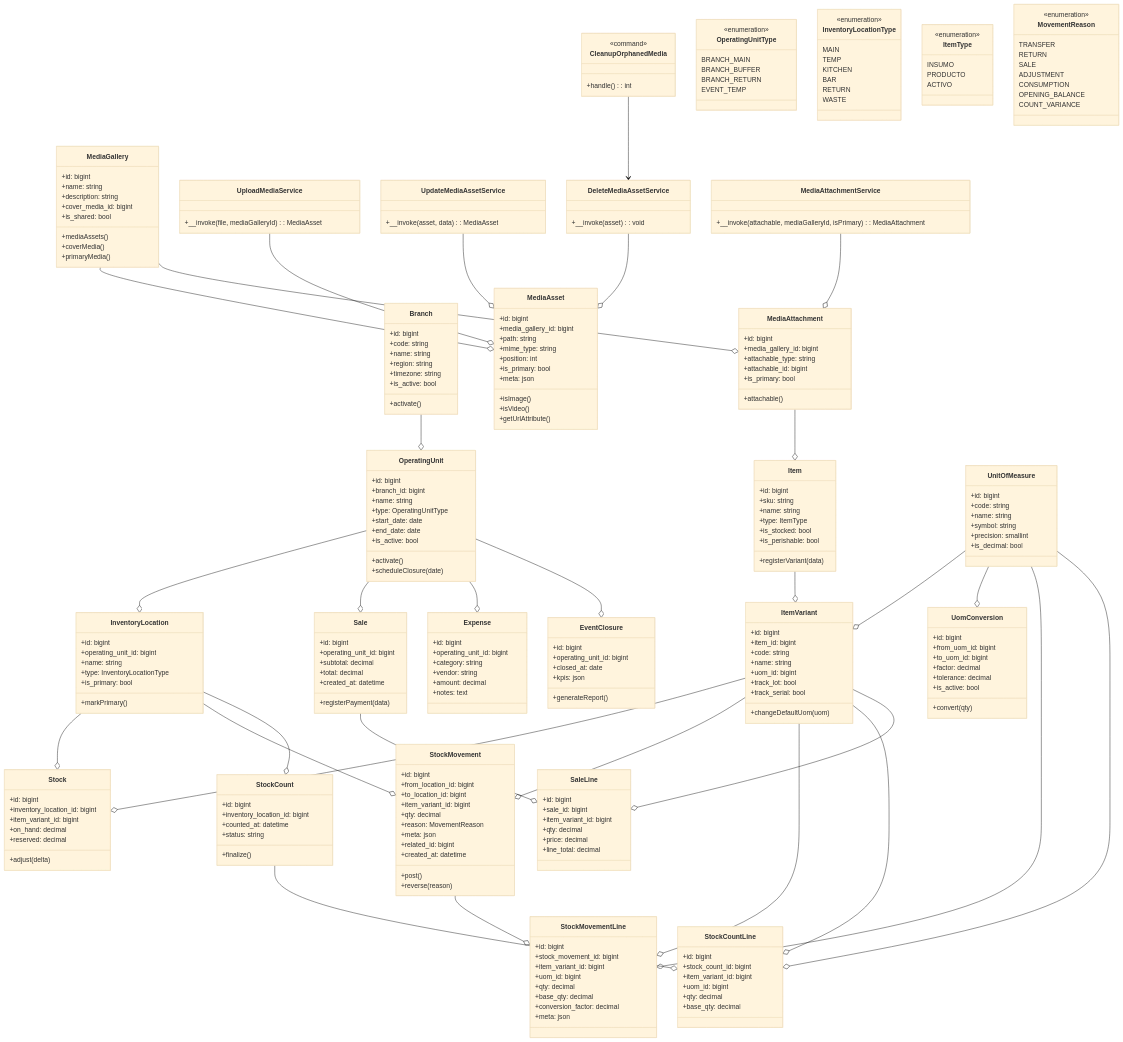
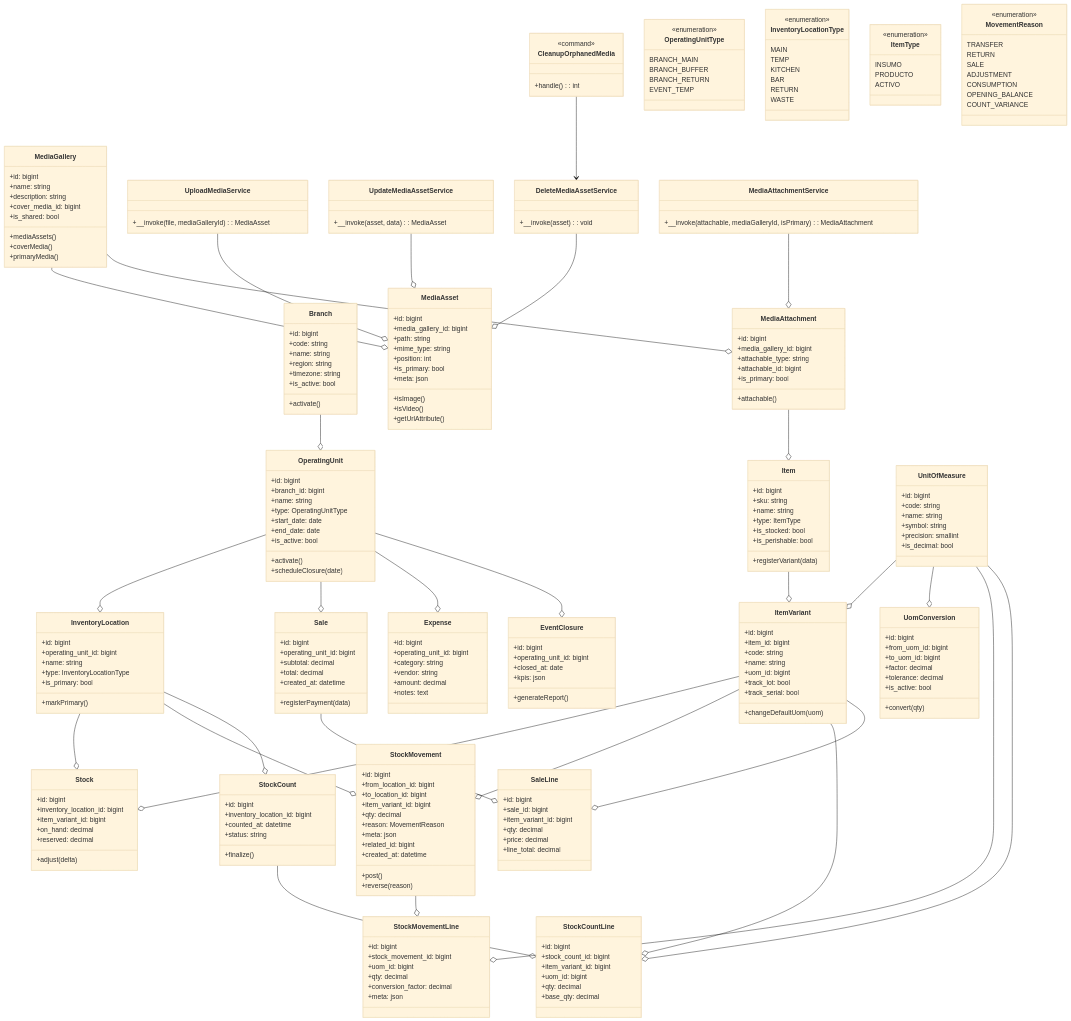
Before and after one commit to pakodiazdev/sushigo: the second of 9 diagrams in doc/architecture/inventory-architecture.en.md, drawn with Mermaid (base theme). The commit also changed other lines of this file and 22 other files, not shown here.

```diff
--- a/doc/architecture/inventory-architecture.en.md
+++ b/doc/architecture/inventory-architecture.en.md
@@ -421,10 +419,8 @@
   class StockMovementLine {
     +id: bigint
     +stock_movement_id: bigint
-    +item_variant_id: bigint
     +uom_id: bigint
     +qty: decimal
-    +base_qty: decimal
     +conversion_factor: decimal
     +meta: json
   }
@@ -582,7 +578,6 @@
   Item --o ItemVariant
   ItemVariant --o Stock
   ItemVariant --o StockMovement
-  ItemVariant --o StockMovementLine
   ItemVariant --o StockCountLine
   ItemVariant --o SaleLine
   UnitOfMeasure --o ItemVariant
```
